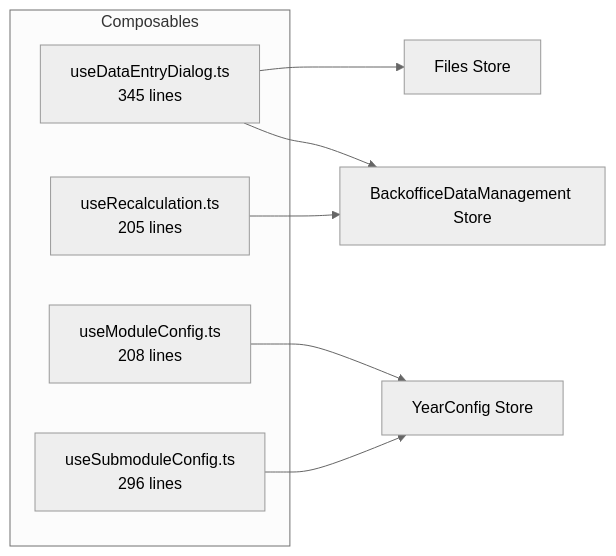
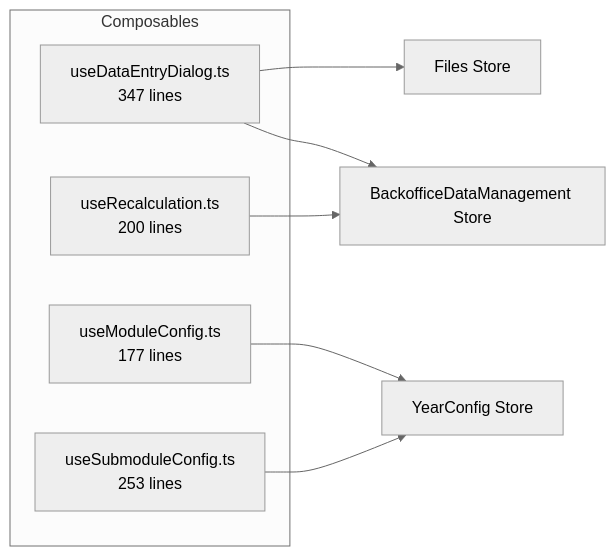
Before and after one commit to EPFL-ENAC/co2-calculator: the second of 18 diagrams in frontend/src/pages/back-office/data-management.md, drawn with Mermaid (neutral theme). The commit also changed other lines of this file, not shown here.

First line of the commit message:
docs(data-management): update architecture docs for common uploads, cancel, and job enrichment

````diff
--- a/frontend/src/pages/back-office/data-management.md
+++ b/frontend/src/pages/back-office/data-management.md
@@ -68,15 +68,15 @@
 ```mermaid
 graph LR
     subgraph Composables
-        UDED[useDataEntryDialog.ts<br/>345 lines]
-        UMC[useModuleConfig.ts<br/>208 lines]
-        UREC[useRecalculation.ts<br/>205 lines]
-        USC[useSubmoduleConfig.ts<br/>296 lines]
+        UDED[useDataEntryDialog.ts<br/>347 lines]
+        UMC[useModuleConfig.ts<br/>177 lines]
+        UREC[useRecalculation.ts<br/>200 lines]
+        USC[useSubmoduleConfig.ts<br/>253 lines]
     end
 
     UDED --> FS[Files Store]
     UDED --> BDM[BackofficeDataManagement Store]
     UMC --> YCS[YearConfig Store]
     UREC --> BDM
     USC --> YCS
 ```
````
